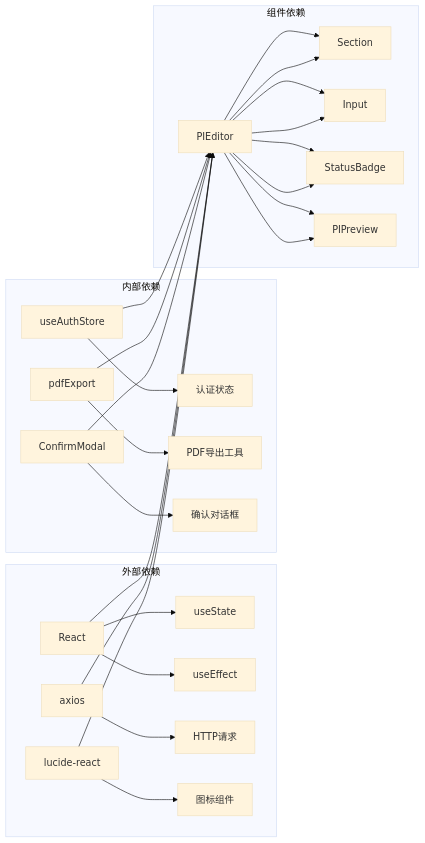
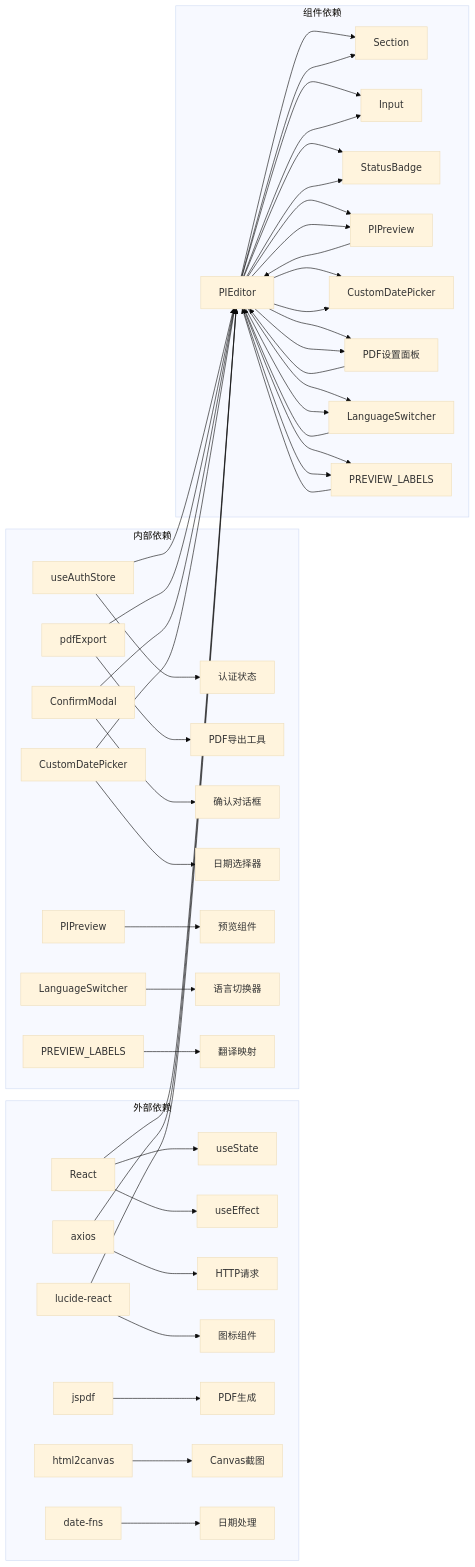
One commit to CubeEdge/Longhorn changed diagram 11 of 11 in .qoder/repowiki/zh/content/Pi Editor Component.md. Above: the diagram before and after it, drawn with Mermaid (base theme). The commit also changed other lines of this file and 53 other files, not shown here.

````diff
--- a/.qoder/repowiki/zh/content/Pi Editor Component.md
+++ b/.qoder/repowiki/zh/content/Pi Editor Component.md
@@ -290,30 +529,50 @@
 ```mermaid
 graph LR
 subgraph "外部依赖"
 A[React] --> B[useState]
 A --> C[useEffect]
 D[axios] --> E[HTTP请求]
 F[lucide-react] --> G[图标组件]
+H[jspdf] --> I[PDF生成]
+J[html2canvas] --> K[Canvas截图]
+L[date-fns] --> M[日期处理]
 end
 subgraph "内部依赖"
-H[useAuthStore] --> I[认证状态]
-J[pdfExport] --> K[PDF导出工具]
-L[ConfirmModal] --> M[确认对话框]
+N[useAuthStore] --> O[认证状态]
+P[pdfExport] --> Q[PDF导出工具]
+R[ConfirmModal] --> S[确认对话框]
+T[CustomDatePicker] --> U[日期选择器]
+V[PIPreview] --> W[预览组件]
+X[LanguageSwitcher] --> Y[语言切换器]
+Z[PREVIEW_LABELS] --> AA[翻译映射]
 end
 subgraph "组件依赖"
-N[PIEditor] --> O[Section]
-N --> P[Input]
-N --> Q[StatusBadge]
-N --> R[PIPreview]
+BB[PIEditor] --> CC[Section]
+BB --> DD[Input]
+BB --> EE[StatusBadge]
+BB --> FF[PIPreview]
+BB --> GG[CustomDatePicker]
+BB --> HH[PDF设置面板]
+BB --> II[LanguageSwitcher]
+BB --> JJ[PREVIEW_LABELS]
 end
-A --> N
-D --> N
-F --> N
-H --> N
-J --> N
-L --> N
-N --> O
-N --> P
-N --> Q
-N --> R
+A --> BB
+D --> BB
+F --> BB
+N --> BB
+P --> BB
+R --> BB
+T --> BB
+FF --> BB
+HH --> BB
+II --> BB
+JJ --> BB
+BB --> CC
+BB --> DD
+BB --> EE
+BB --> FF
+BB --> GG
+BB --> HH
+BB --> II
+BB --> JJ
 ```
````
